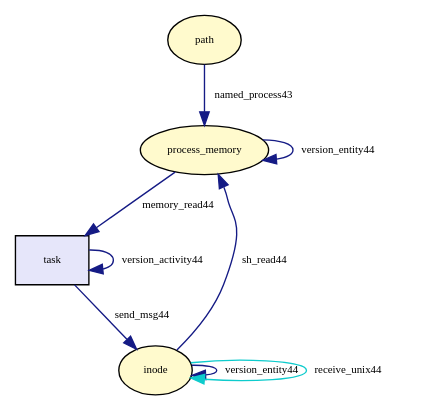
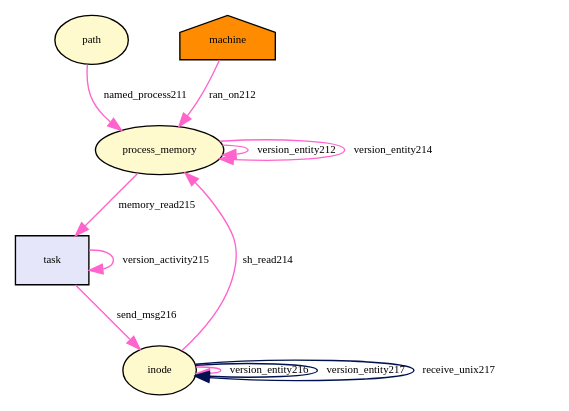
The diagram in tmp/provenance_socket_sendmsg.dot (TinkerBellSystem/graph-matching), drawn with Graphviz before and after one commit. The commit also changed 76 other files, not shown here.

```diff
--- a/tmp/provenance_socket_sendmsg.dot
+++ b/tmp/provenance_socket_sendmsg.dot
@@ -1,25 +1,33 @@
 digraph RGL__DirectedAdjacencyGraph {path[fontsize = 8,label = "path",shape = ellipse, fillcolor="#fffacd", style = filled]
 
 process_memory[fontsize = 8,label = "process_memory",shape = ellipse, fillcolor="#fffacd", style = filled]
 
-path -> process_memory[fontsize = 8,label = "named_process43", color="#151b85"]
+path -> process_memory[fontsize = 8,label = "named_process211", color="#ff64cd"]
 
-process_memory -> process_memory[fontsize = 8,label = "version_entity44", color="#151b85"]
+process_memory -> process_memory[fontsize = 8,label = "version_entity212", color="#ff64cd"]
+
+machine[fontsize = 8,label = "machine",shape = house, fillcolor="#ff8c00", style = filled]
+
+machine -> process_memory[fontsize = 8,label = "ran_on212", color="#ff64cd"]
+
+process_memory -> process_memory[fontsize = 8,label = "version_entity214", color="#ff64cd"]
 
 inode[fontsize = 8,label = "inode",shape = ellipse, fillcolor="#fffacd", style = filled]
 
-inode -> process_memory[fontsize = 8,label = "sh_read44", color="#151b85"]
+inode -> process_memory[fontsize = 8,label = "sh_read214", color="#ff64cd"]
 
 task[fontsize = 8,label = "task",shape = rectangle, fillcolor="#e6e6fa", style = filled]
 
-task -> task[fontsize = 8,label = "version_activity44", color="#151b85"]
+task -> task[fontsize = 8,label = "version_activity215", color="#ff64cd"]
 
-process_memory -> task[fontsize = 8,label = "memory_read44", color="#151b85"]
+process_memory -> task[fontsize = 8,label = "memory_read215", color="#ff64cd"]
 
-inode -> inode[fontsize = 8,label = "version_entity44", color="#151b85"]
+inode -> inode[fontsize = 8,label = "version_entity216", color="#ff64cd"]
 
-task -> inode[fontsize = 8,label = "send_msg44", color="#151b85"]
+task -> inode[fontsize = 8,label = "send_msg216", color="#ff64cd"]
 
-inode -> inode[fontsize = 8,label = "receive_unix44", color="#0ecbcc"]
+inode -> inode[fontsize = 8,label = "version_entity217", color="#011150"]
+
+inode -> inode[fontsize = 8,label = "receive_unix217", color="#011150"]
 
 }
```
